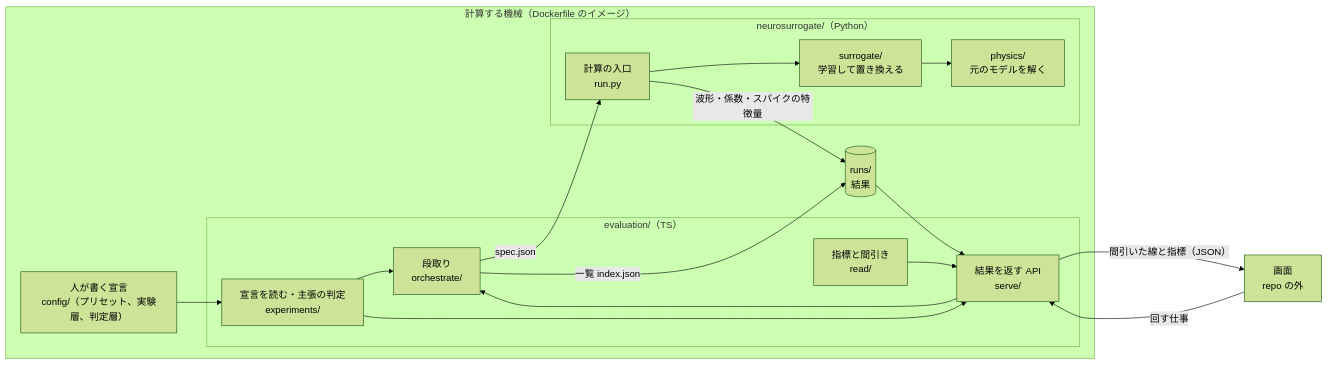
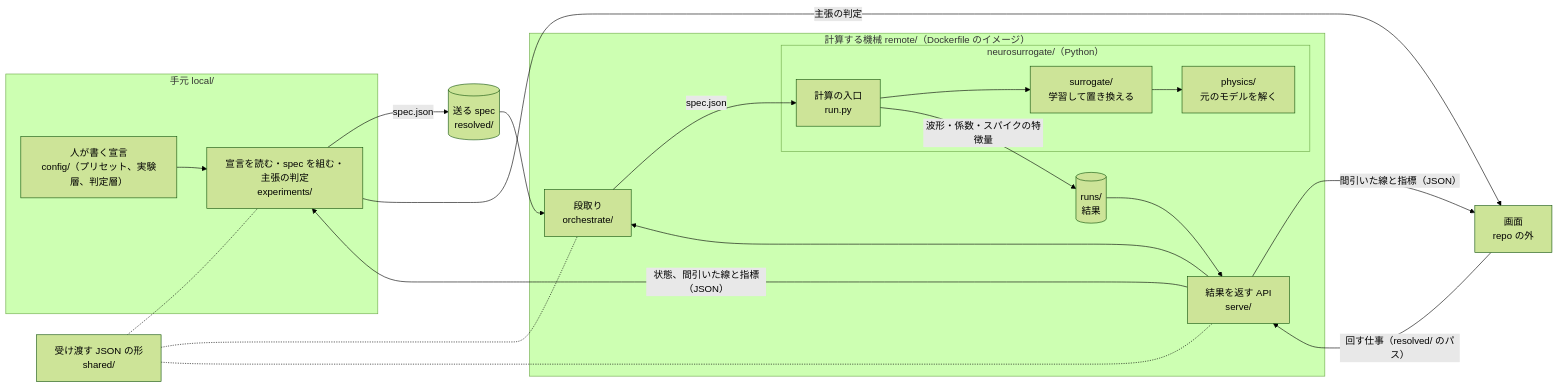
One commit to MunechikaHaruki/SINDyNeuroSurrogate changed the first of 3 diagrams in README.md. Above: the diagram before and after it, drawn with Mermaid (forest theme). The commit also changed other lines of this file and 99 other files, not shown here.

````diff
--- a/README.md
+++ b/README.md
@@ -15,32 +17,36 @@
 ```mermaid
 flowchart LR
-  subgraph machine["計算する機械（Dockerfile のイメージ）"]
+  subgraph local["手元 local/"]
     config["人が書く宣言<br/>config/（プリセット、実験層、判定層）"]
-    subgraph ts["evaluation/（TS）"]
-      exp["宣言を読む・主張の判定<br/>experiments/"]
-      orch["段取り<br/>orchestrate/"]
-      serve["結果を返す API<br/>serve/"]
-      read["指標と間引き<br/>read/"]
-    end
+    exp["宣言を読む・spec を組む・主張の判定<br/>experiments/"]
+  end
+  resolved[("送る spec<br/>resolved/")]
+  subgraph machine["計算する機械 remote/（Dockerfile のイメージ）"]
+    orch["段取り<br/>orchestrate/"]
     subgraph py["neurosurrogate/（Python）"]
       entry["計算の入口<br/>run.py"]
       surr["surrogate/<br/>学習して置き換える"]
       phys["physics/<br/>元のモデルを解く"]
     end
     runs[("runs/<br/>結果")]
+    serve["結果を返す API<br/>serve/"]
   end
+  format["受け渡す JSON の形<br/>shared/"]
   view["画面<br/>repo の外"]
   config --> exp
-  exp --> orch
+  exp -- "spec.json" --> resolved
+  resolved --> orch
   orch -- "spec.json" --> entry
   entry --> surr
   surr --> phys
   entry -- "波形・係数・スパイクの特徴量" --> runs
-  orch -- "一覧 index.json" --> runs
   runs --> serve
-  read --> serve
-  exp --> serve
+  serve -- "状態、間引いた線と指標（JSON）" --> exp
   serve -- "間引いた線と指標（JSON）" --> view
-  view -- "回す仕事" --> serve
+  exp -- "主張の判定" --> view
+  view -- "回す仕事（resolved/ のパス）" --> serve
   serve --> orch
+  format -.- exp
+  format -.- orch
+  format -.- serve
 ```
````
